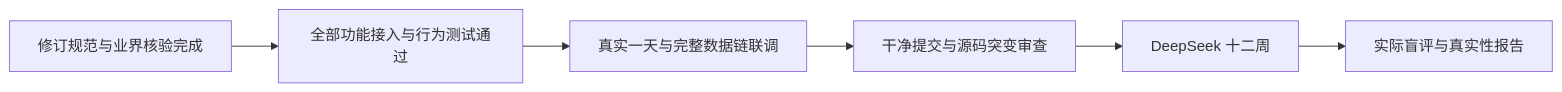
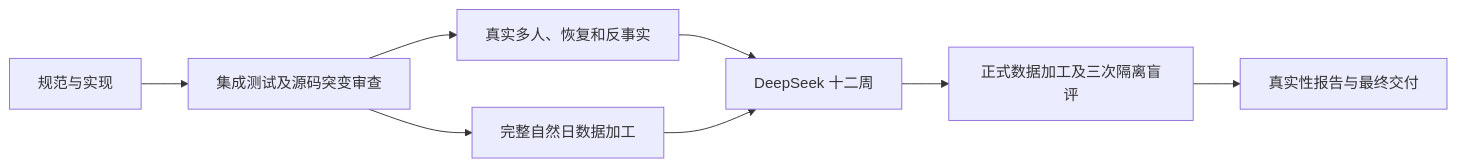
One commit to HoldThatThgt/WorldMock changed the diagram in docs/implementation-status.md. Above: the diagram before and after it, drawn with Mermaid. The commit also changed other lines of this file and 31 other files, not shown here.

````diff
--- a/docs/implementation-status.md
+++ b/docs/implementation-status.md
@@ -20,8 +11,10 @@
 ```mermaid
 flowchart LR
-    A[修订规范与业界核验完成] --> B[全部功能接入与行为测试通过]
-    B --> C[真实一天与完整数据链联调]
-    C --> D[干净提交与源码突变审查]
-    D --> E[DeepSeek 十二周]
-    E --> F[实际盲评与真实性报告]
+    A[规范与实现] --> B[集成测试及源码突变审查]
+    B --> C[真实多人、恢复和反事实]
+    B --> D[完整自然日数据加工]
+    C --> E[DeepSeek 十二周]
+    D --> E
+    E --> F[正式数据加工及三次隔离盲评]
+    F --> G[真实性报告与最终交付]
 ```
````
